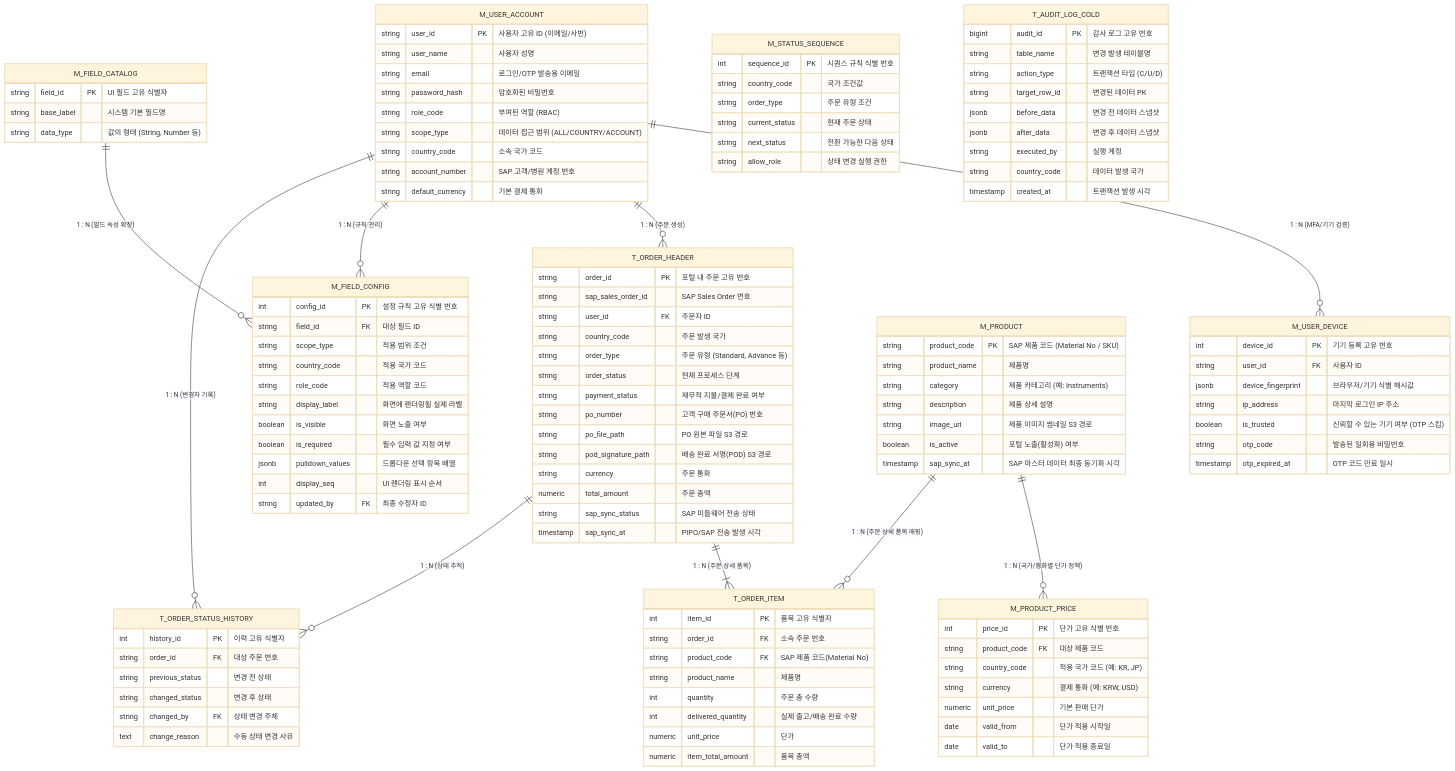
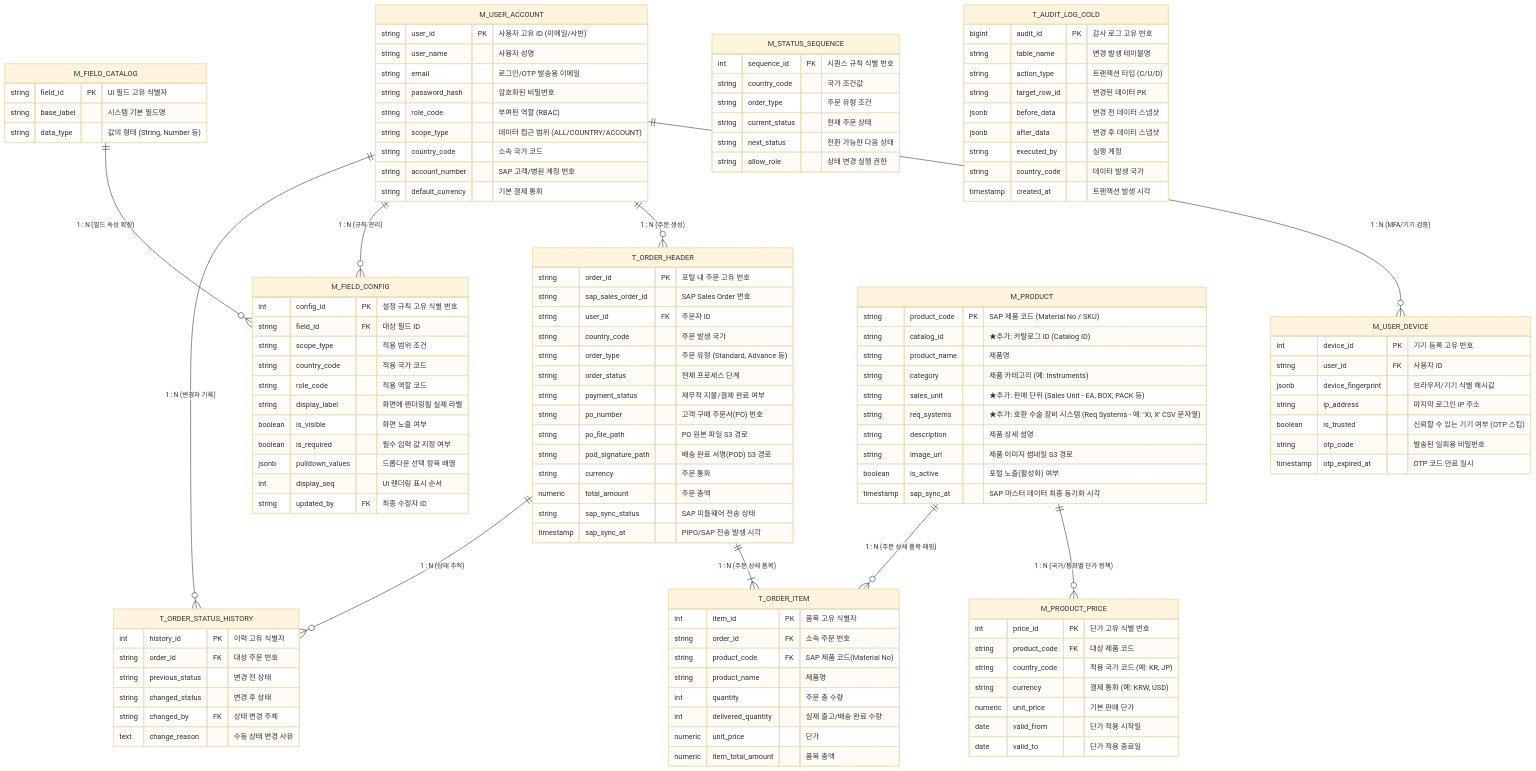
One commit to jang9876-ux/Intuitive-KOP-Design changed the diagram in README.md. Above: the diagram before and after it, drawn with Mermaid (base theme).

```diff
--- a/README.md
+++ b/README.md
@@ -3,27 +3,45 @@
     %% ==========================================
     %% 1. 관계(Relationships) 정의
     %% ==========================================
-    
-    %% 사용자 및 권한 영역
     M_USER_ACCOUNT ||--o{ M_USER_DEVICE : "1 : N (MFA/기기 검증)"
     M_USER_ACCOUNT ||--o{ T_ORDER_HEADER : "1 : N (주문 생성)"
     M_USER_ACCOUNT ||--o{ M_FIELD_CONFIG : "1 : N (규칙 관리)"
     M_USER_ACCOUNT ||--o{ T_ORDER_STATUS_HISTORY : "1 : N (변경자 기록)"
     
-    %% 동적 필드 및 UI 설정 영역
     M_FIELD_CATALOG ||--o{ M_FIELD_CONFIG : "1 : N (필드 속성 확장)"
     
-    %% 상품 마스터 영역 (신규 통합)
     M_PRODUCT ||--o{ M_PRODUCT_PRICE : "1 : N (국가/통화별 단가 정책)"
     M_PRODUCT ||--o{ T_ORDER_ITEM : "1 : N (주문 상세 품목 매핑)"
     
-    %% 주문 트랜잭션 영역
     T_ORDER_HEADER ||--|{ T_ORDER_ITEM : "1 : N (주문 상세 품목)"
     T_ORDER_HEADER ||--o{ T_ORDER_STATUS_HISTORY : "1 : N (상태 추적)"
 
     %% ==========================================
     %% 2. 엔티티(Entities) 정의 및 필드 코멘트
     %% ==========================================
+
+    M_PRODUCT {
+        string product_code PK "SAP 제품 코드 (Material No / SKU)"
+        string catalog_id "★추가: 카탈로그 ID (Catalog ID)"
+        string product_name "제품명"
+        string category "제품 카테고리 (예: Instruments)"
+        string sales_unit "★추가: 판매 단위 (Sales Unit - EA, BOX, PACK 등)"
+        string req_systems "★추가: 호환 수술 장비 시스템 (Req Systems - 예: 'Xi, X' CSV 문자열)"
+        string description "제품 상세 설명"
+        string image_url "제품 이미지 썸네일 S3 경로"
+        boolean is_active "포털 노출(활성화) 여부"
+        timestamp sap_sync_at "SAP 마스터 데이터 최종 동기화 시각"
+    }
+
+    M_PRODUCT_PRICE {
+        int price_id PK "단가 고유 식별 번호"
+        string product_code FK "대상 제품 코드"
+        string country_code "적용 국가 코드 (예: KR, JP)"
+        string currency "결제 통화 (예: KRW, USD)"
+        numeric unit_price "기본 판매 단가"
+        date valid_from "단가 적용 시작일"
+        date valid_to "단가 적용 종료일"
+    }
 
     M_USER_ACCOUNT {
         string user_id PK "사용자 고유 ID (이메일/사번)"
@@ -45,26 +63,6 @@
         boolean is_trusted "신뢰할 수 있는 기기 여부 (OTP 스킵)"
         string otp_code "발송된 일회용 비밀번호"
         timestamp otp_expired_at "OTP 코드 만료 일시"
-    }
-
-    M_PRODUCT {
-        string product_code PK "SAP 제품 코드 (Material No / SKU)"
-        string product_name "제품명"
-        string category "제품 카테고리 (예: Instruments)"
-        string description "제품 상세 설명"
-        string image_url "제품 이미지 썸네일 S3 경로"
-        boolean is_active "포털 노출(활성화) 여부"
-        timestamp sap_sync_at "SAP 마스터 데이터 최종 동기화 시각"
-    }
-
-    M_PRODUCT_PRICE {
-        int price_id PK "단가 고유 식별 번호"
-        string product_code FK "대상 제품 코드"
-        string country_code "적용 국가 코드 (예: KR, JP)"
-        string currency "결제 통화 (예: KRW, USD)"
-        numeric unit_price "기본 판매 단가"
-        date valid_from "단가 적용 시작일"
-        date valid_to "단가 적용 종료일"
     }
 
     M_FIELD_CATALOG {
```
